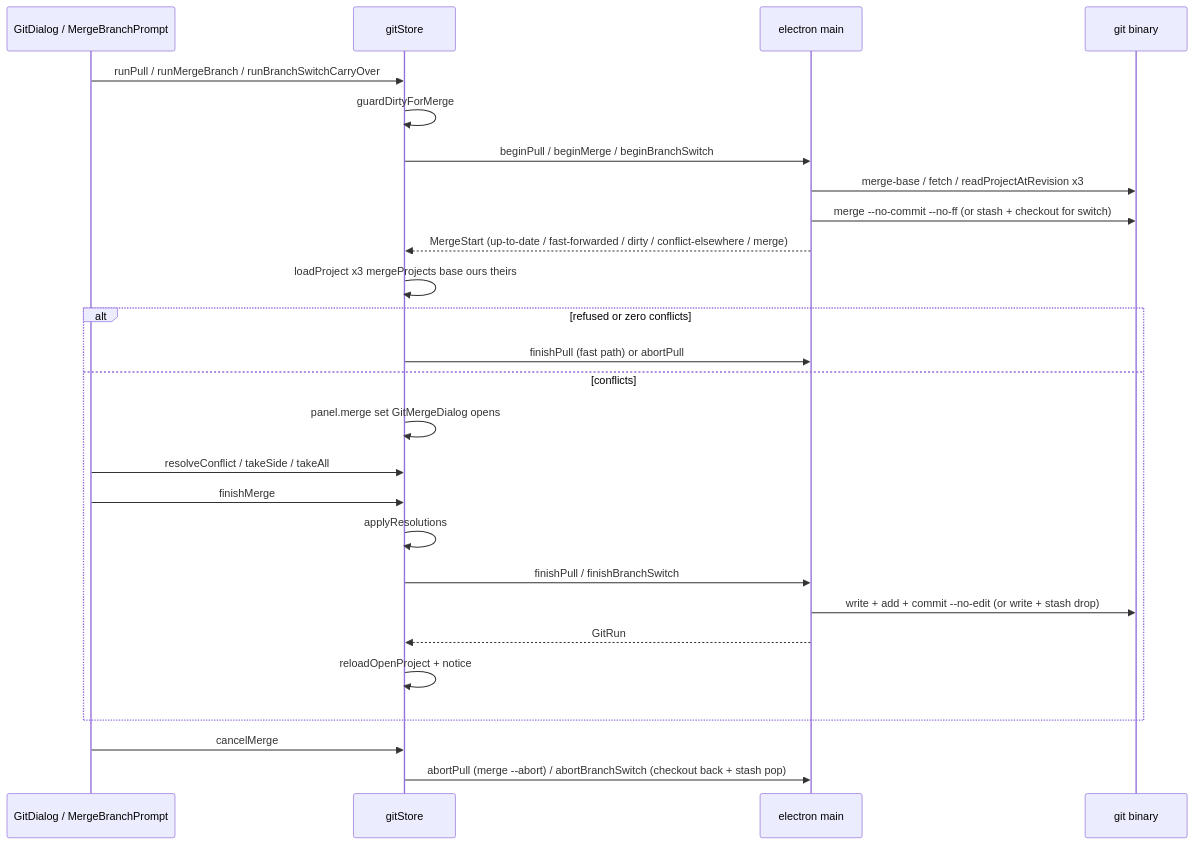
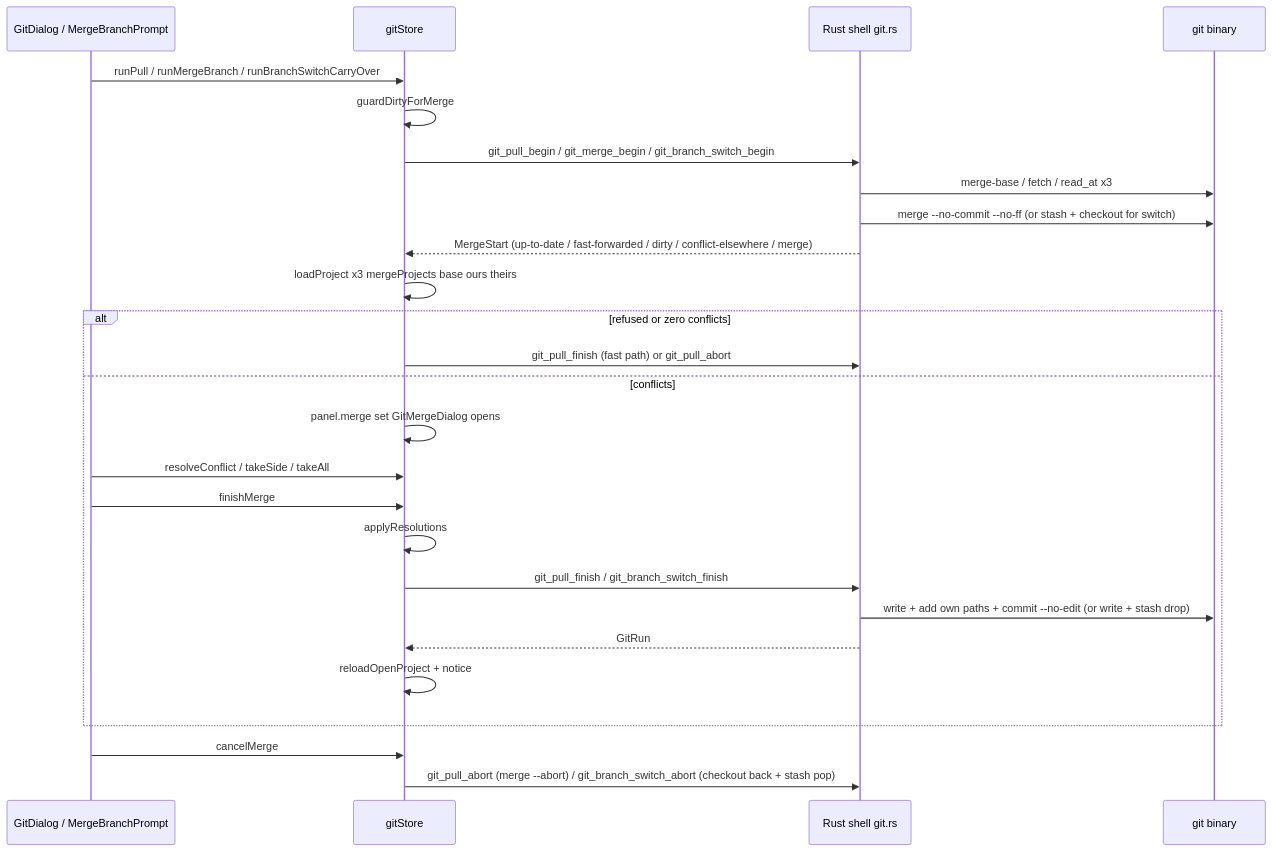
The fourth of 4 diagrams in openwiki/workflows/git-integration.md (Gram21/SaiLoR), drawn with Mermaid before and after one commit. The commit also changed other lines of this file and 1 other file, not shown here.

````diff
--- a/openwiki/workflows/git-integration.md
+++ b/openwiki/workflows/git-integration.md
@@ -587,29 +761,29 @@
 ```mermaid
 sequenceDiagram
   participant UI as GitDialog / MergeBranchPrompt
   participant GS as gitStore
-  participant Main as electron main
+  participant Shell as Rust shell git.rs
   participant Git as git binary
 
   UI->>GS: runPull / runMergeBranch / runBranchSwitchCarryOver
   GS->>GS: guardDirtyForMerge
-  GS->>Main: beginPull / beginMerge / beginBranchSwitch
-  Main->>Git: merge-base / fetch / readProjectAtRevision x3
-  Main->>Git: merge --no-commit --no-ff  (or stash + checkout for switch)
-  Main-->>GS: MergeStart (up-to-date / fast-forwarded / dirty / conflict-elsewhere / merge)
+  GS->>Shell: git_pull_begin / git_merge_begin / git_branch_switch_begin
+  Shell->>Git: merge-base / fetch / read_at x3
+  Shell->>Git: merge --no-commit --no-ff  (or stash + checkout for switch)
+  Shell-->>GS: MergeStart (up-to-date / fast-forwarded / dirty / conflict-elsewhere / merge)
   GS->>GS: loadProject x3  mergeProjects base ours theirs
   alt refused or zero conflicts
-    GS->>Main: finishPull (fast path)  or abortPull
+    GS->>Shell: git_pull_finish (fast path)  or git_pull_abort
   else conflicts
     GS->>GS: panel.merge set  GitMergeDialog opens
     UI->>GS: resolveConflict / takeSide / takeAll
     UI->>GS: finishMerge
     GS->>GS: applyResolutions
-    GS->>Main: finishPull / finishBranchSwitch
-    Main->>Git: write + add + commit --no-edit  (or write + stash drop)
-    Main-->>GS: GitRun
+    GS->>Shell: git_pull_finish / git_branch_switch_finish
+    Shell->>Git: write + add own paths + commit --no-edit  (or write + stash drop)
+    Shell-->>GS: GitRun
     GS->>GS: reloadOpenProject + notice
   end
   UI->>GS: cancelMerge
-  GS->>Main: abortPull (merge --abort) / abortBranchSwitch (checkout back + stash pop)
+  GS->>Shell: git_pull_abort (merge --abort) / git_branch_switch_abort (checkout back + stash pop)
 ```
````
